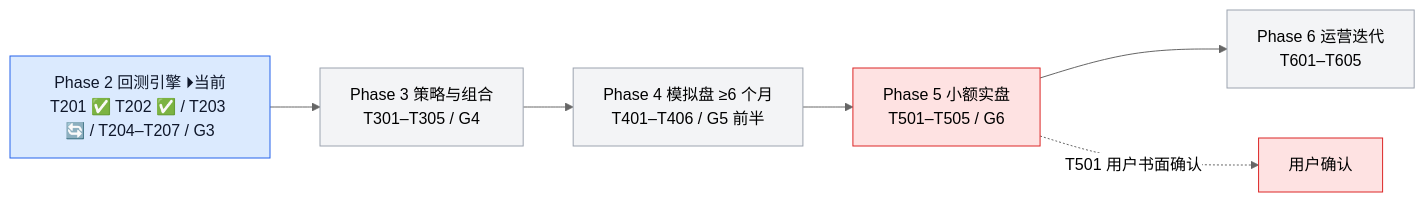
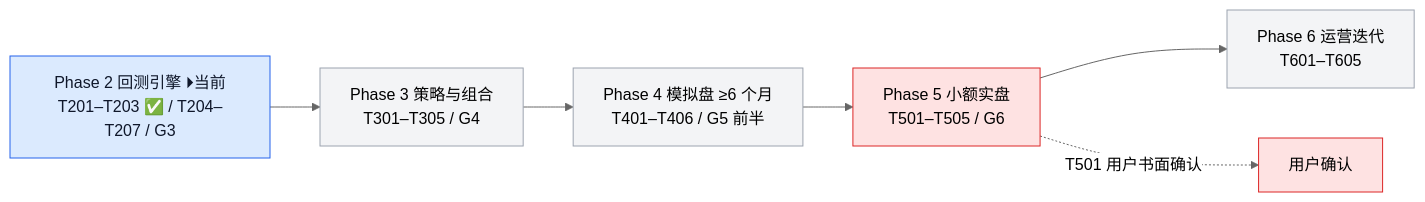
The fourth of 4 diagrams in docs/project_status_flowchart.md (YZml1507/FinAI2.0), drawn with Mermaid (neutral theme) before and after one commit. The commit also changed other lines of this file and 3 other files, not shown here.

Commit message:
docs: T203 状态标记 — CLAUDE.md §0/§5/§7 + spec 快照同步（research-finai 05ba8cf）+ 流程图 md/html（T203 ✅ / 352 绿 / 当前位 T204 待启动）

````diff
--- a/docs/project_status_flowchart.md
+++ b/docs/project_status_flowchart.md
@@ -74,14 +74,14 @@
 ```mermaid
 flowchart LR
-  P2[Phase 2 回测引擎 ⏵当前<br/>T201 ✅ T202 ✅ / T203 🔄 / T204–T207 / G3] --> P3[Phase 3 策略与组合<br/>T301–T305 / G4]
+  P2[Phase 2 回测引擎 ⏵当前<br/>T201–T203 ✅ / T204–T207 / G3] --> P3[Phase 3 策略与组合<br/>T301–T305 / G4]
   P3 --> P4[Phase 4 模拟盘 ≥6 个月<br/>T401–T406 / G5 前半]
   P4 --> P5[Phase 5 小额实盘<br/>T501–T505 / G6]
   P5 --> P6[Phase 6 运营迭代<br/>T601–T605]
   P5 -.->|T501 用户书面确认| USER[用户确认]
   style P2 fill:#dbeafe,stroke:#2563eb,color:#0f172a
   style P3 fill:#f3f4f6,stroke:#9ca3af
   style P4 fill:#f3f4f6,stroke:#9ca3af
   style P5 fill:#fee2e2,stroke:#dc2626
   style P6 fill:#f3f4f6,stroke:#9ca3af
   style USER fill:#fee2e2,stroke:#dc2626
 ```
````
